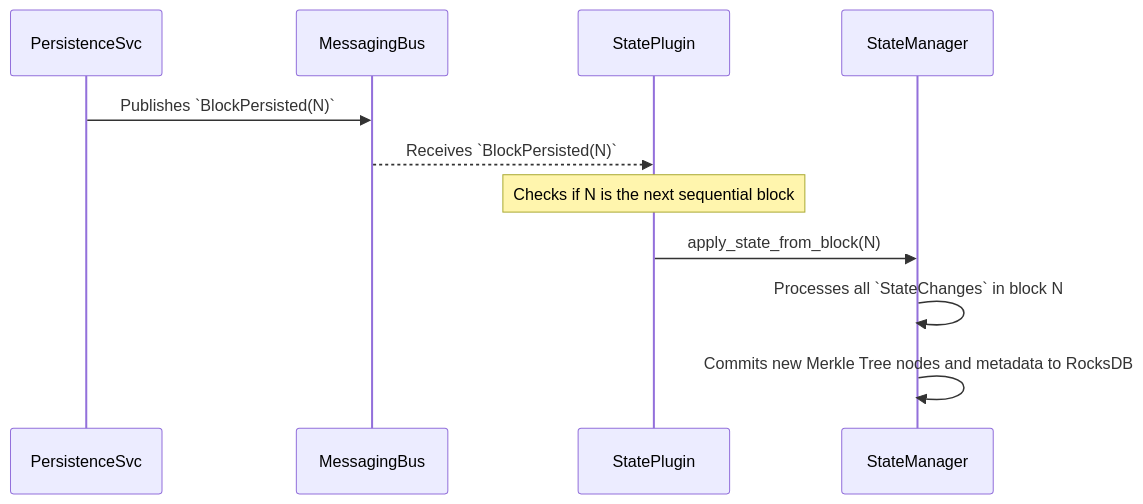
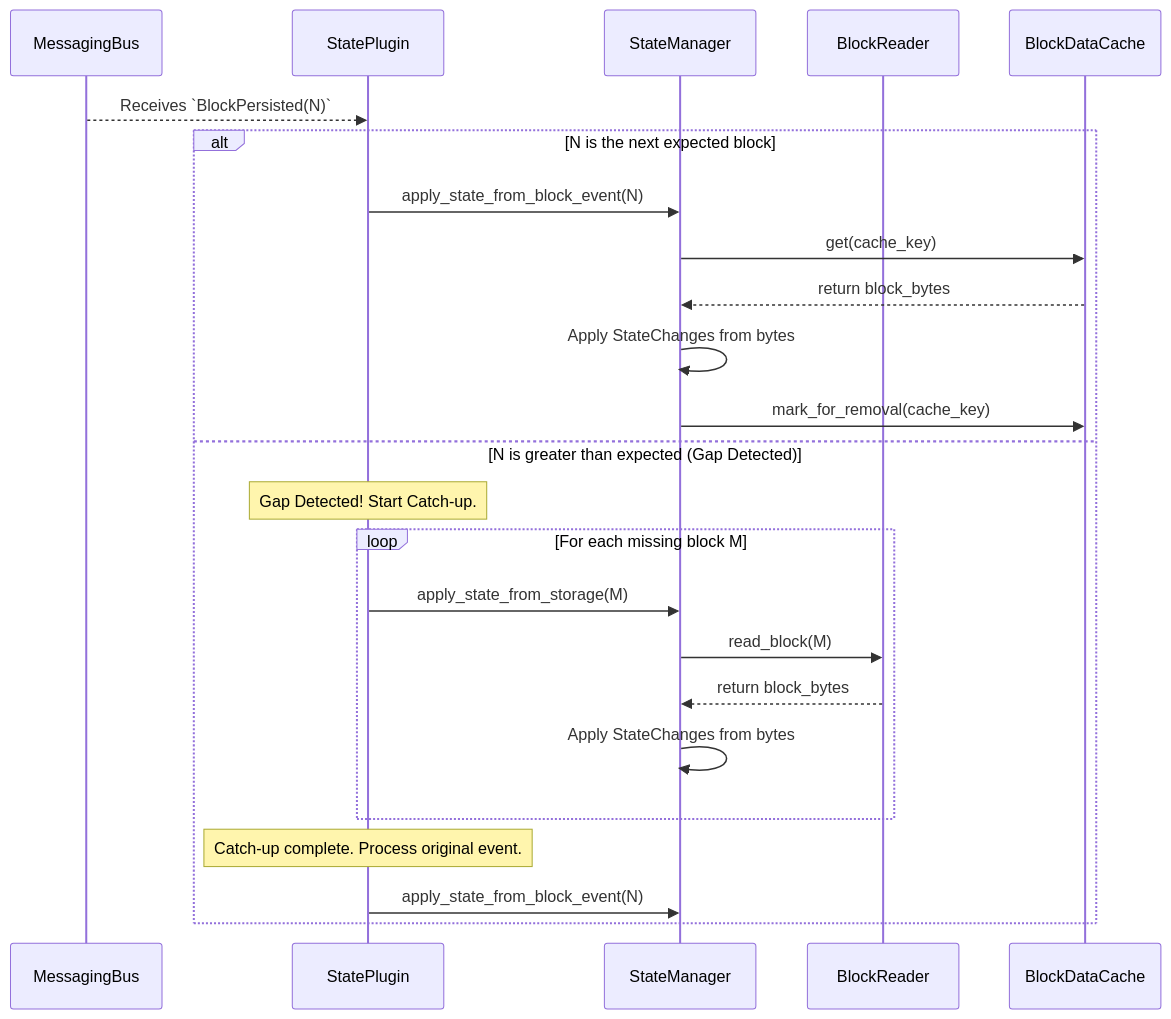
The diagram in docs/state-managment/design-doc.md (LimeChain/Rock-Node), drawn with Mermaid before and after one commit. The commit also changed other lines of this file and 7 other files, not shown here.

````diff
--- a/docs/state-managment/design-doc.md
+++ b/docs/state-managment/design-doc.md
@@ -83,14 +62,27 @@
 ```mermaid
 sequenceDiagram
-    participant PersistenceSvc
     participant MessagingBus
     participant StatePlugin
     participant StateManager
+    participant BlockReader
+    participant BlockDataCache
 
-    PersistenceSvc->>MessagingBus: Publishes `BlockPersisted(N)`
     MessagingBus-->>StatePlugin: Receives `BlockPersisted(N)`
-    Note over StatePlugin: Checks if N is the next sequential block
-    StatePlugin->>StateManager: apply_state_from_block(N)
-    StateManager->>StateManager: Processes all `StateChanges` in block N
-    StateManager->>StateManager: Commits new Merkle Tree nodes and metadata to RocksDB
+    alt N is the next expected block
+        StatePlugin->>StateManager: apply_state_from_block_event(N)
+        StateManager->>BlockDataCache: get(cache_key)
+        BlockDataCache-->>StateManager: return block_bytes
+        StateManager->>StateManager: Apply StateChanges from bytes
+        StateManager->>BlockDataCache: mark_for_removal(cache_key)
+    else N is greater than expected (Gap Detected)
+        Note over StatePlugin: Gap Detected! Start Catch-up.
+        loop For each missing block M
+            StatePlugin->>StateManager: apply_state_from_storage(M)
+            StateManager->>BlockReader: read_block(M)
+            BlockReader-->>StateManager: return block_bytes
+            StateManager->>StateManager: Apply StateChanges from bytes
+        end
+        Note over StatePlugin: Catch-up complete. Process original event.
+        StatePlugin->>StateManager: apply_state_from_block_event(N)
+    end
 ```
````
